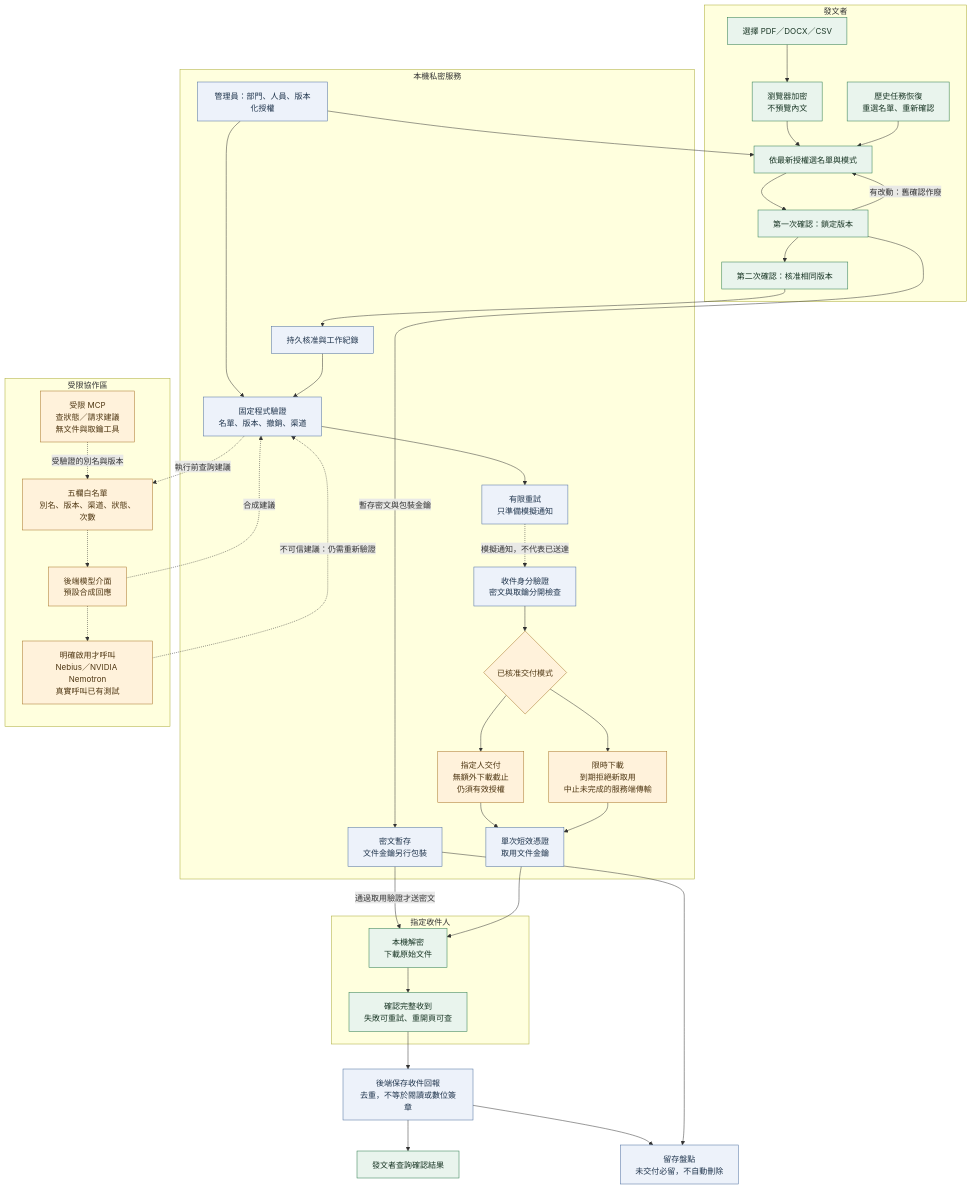
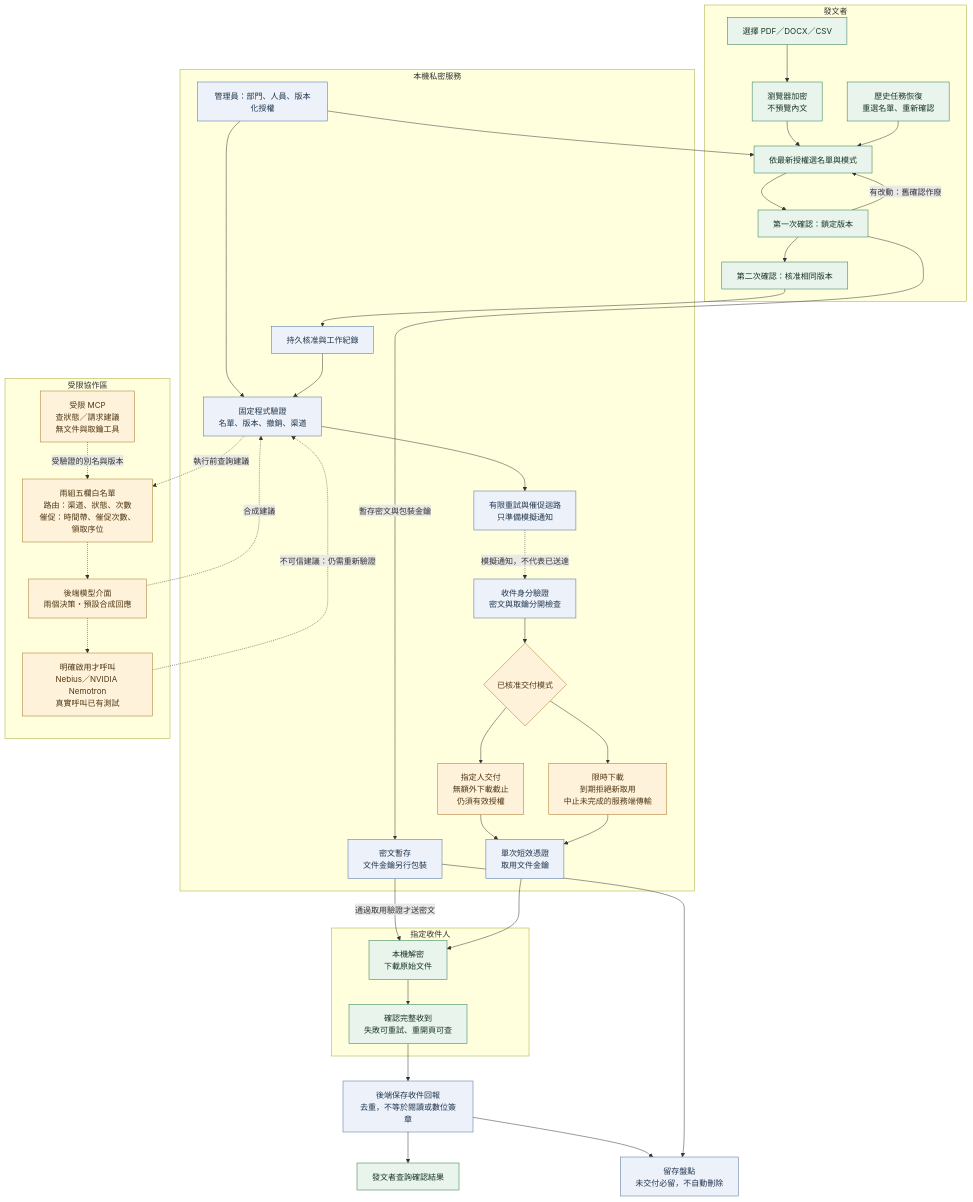
One commit to jiarong0423/zero-trust-edge-enclave changed the diagram in docs/agent/approved-delivery-architecture.md. Above: the diagram before and after it, drawn with Mermaid. The commit also changed other lines of this file and 23 other files, not shown here.

````diff
--- a/docs/agent/approved-delivery-architecture.md
+++ b/docs/agent/approved-delivery-architecture.md
@@ -9,63 +9,63 @@
 ```mermaid
 flowchart TB
   subgraph Human["發文者"]
     File["選擇 PDF／DOCX／CSV"]
     Seal["瀏覽器加密<br/>不預覽內文"]
     List["依最新授權選名單與模式"]
     First["第一次確認：鎖定版本"]
     Second["第二次確認：核准相同版本"]
     File --> Seal --> List --> First --> Second
     First -->|"有改動：舊確認作廢"| List
     History["歷史任務恢復<br/>重選名單、重新確認"] --> List
   end
   subgraph Local["本機私密服務"]
     Registry["管理員：部門、人員、版本化授權"]
     Store["密文暫存<br/>文件金鑰另行包裝"]
     Commit["持久核准與工作紀錄"]
     Gate["固定程式驗證<br/>名單、版本、撤銷、渠道"]
-    Worker["有限重試<br/>只準備模擬通知"]
+    Worker["有限重試與催促迴路<br/>只準備模擬通知"]
     Access["收件身分驗證<br/>密文與取鑰分開檢查"]
     Mode{"已核准交付模式"}
     Required["指定人交付<br/>無額外下載截止<br/>仍須有效授權"]
     Timed["限時下載<br/>到期拒絕新取用<br/>中止未完成的服務端傳輸"]
     Key["單次短效憑證<br/>取用文件金鑰"]
     Registry --> Gate
     Commit --> Gate --> Worker
     Access --> Mode
     Mode --> Required --> Key
     Mode --> Timed --> Key
   end
   subgraph AI["受限協作區"]
-    Codes["五欄白名單<br/>別名、版本、渠道、狀態、次數"]
-    Adviser["後端模型介面<br/>預設合成回應"]
+    Codes["兩組五欄白名單<br/>路由：渠道、狀態、次數<br/>催促：時間帶、催促次數、領取序位"]
+    Adviser["後端模型介面<br/>兩個決策・預設合成回應"]
     Cloud["明確啟用才呼叫<br/>Nebius／NVIDIA Nemotron<br/>真實呼叫已有測試"]
     MCP["受限 MCP<br/>查狀態／請求建議<br/>無文件與取鑰工具"]
     Codes -.-> Adviser
     Adviser -.-> Cloud
     MCP -. "受驗證的別名與版本" .-> Codes
   end
   subgraph Recipient["指定收件人"]
     Download["本機解密<br/>下載原始文件"]
     Receipt["確認完整收到<br/>失敗可重試、重開頁可查"]
     Download --> Receipt
   end
   First -->|"暫存密文與包裝金鑰"| Store
   Second --> Commit
   Registry --> List
   Gate -. "執行前查詢建議" .-> Codes
   Adviser -. "合成建議" .-> Gate
   Cloud -. "不可信建議：仍需重新驗證" .-> Gate
   Worker -. "模擬通知，不代表已送達" .-> Access
   Store -->|"通過取用驗證才送密文"| Download
   Key --> Download
   Receipt --> Saved["後端保存收件回報<br/>去重，不等於閱讀或數位簽章"]
   Saved --> SenderStatus["發文者查詢確認結果"]
   Saved --> Retention["留存盤點<br/>未交付必留，不自動刪除"]
   Store --> Retention
   classDef person fill:#e9f4ed,stroke:#28794a,color:#183524
   classDef secure fill:#edf2fa,stroke:#4b6d9e,color:#20354d
   classDef limit fill:#fff2db,stroke:#a77327,color:#503814
   class File,Seal,List,First,Second,History,Download,Receipt,SenderStatus person
   class Registry,Store,Commit,Gate,Worker,Access,Key,Saved,Retention secure
   class Mode,Required,Timed,Codes,Adviser,Cloud,MCP limit
 ```
````
